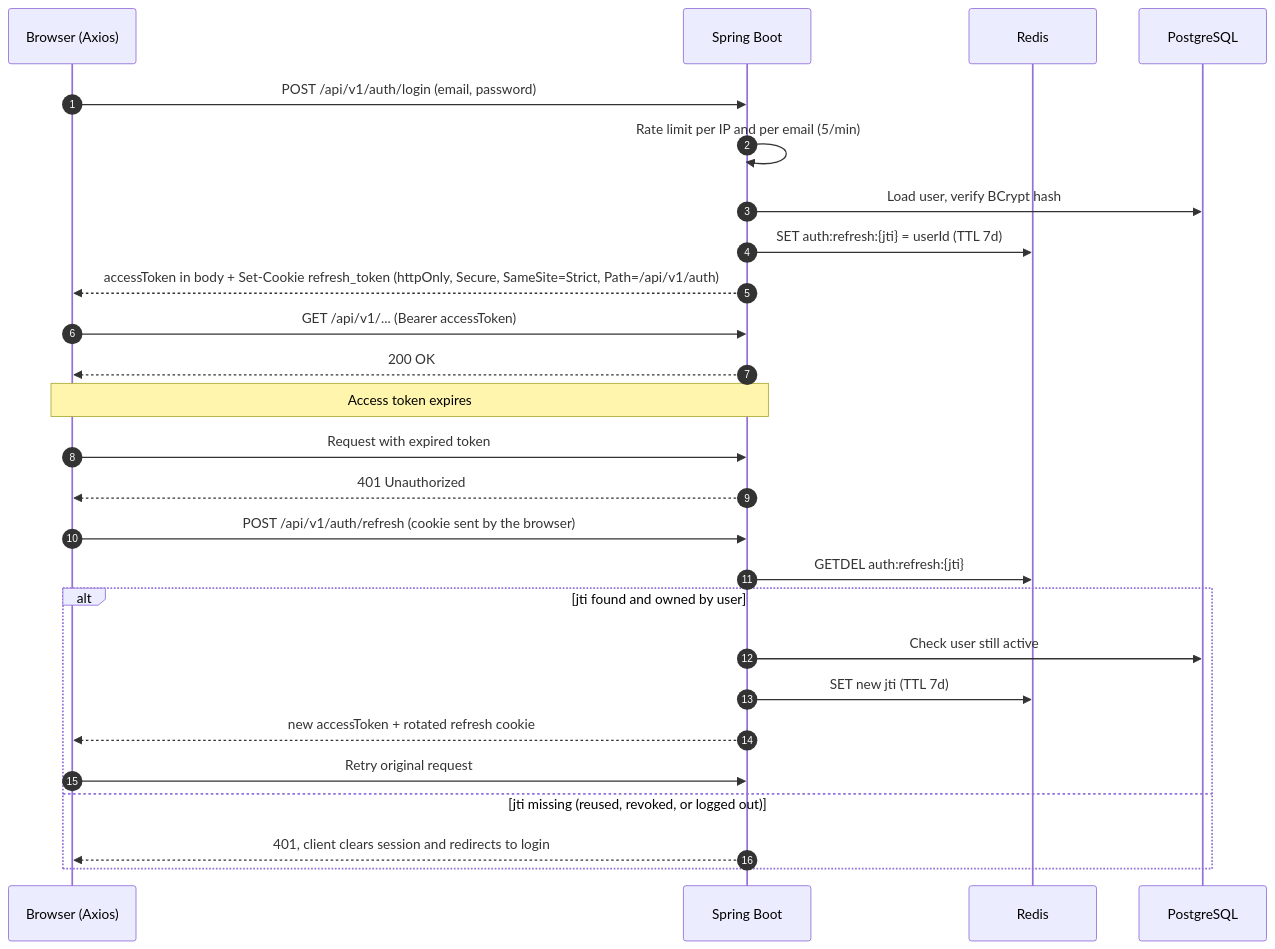
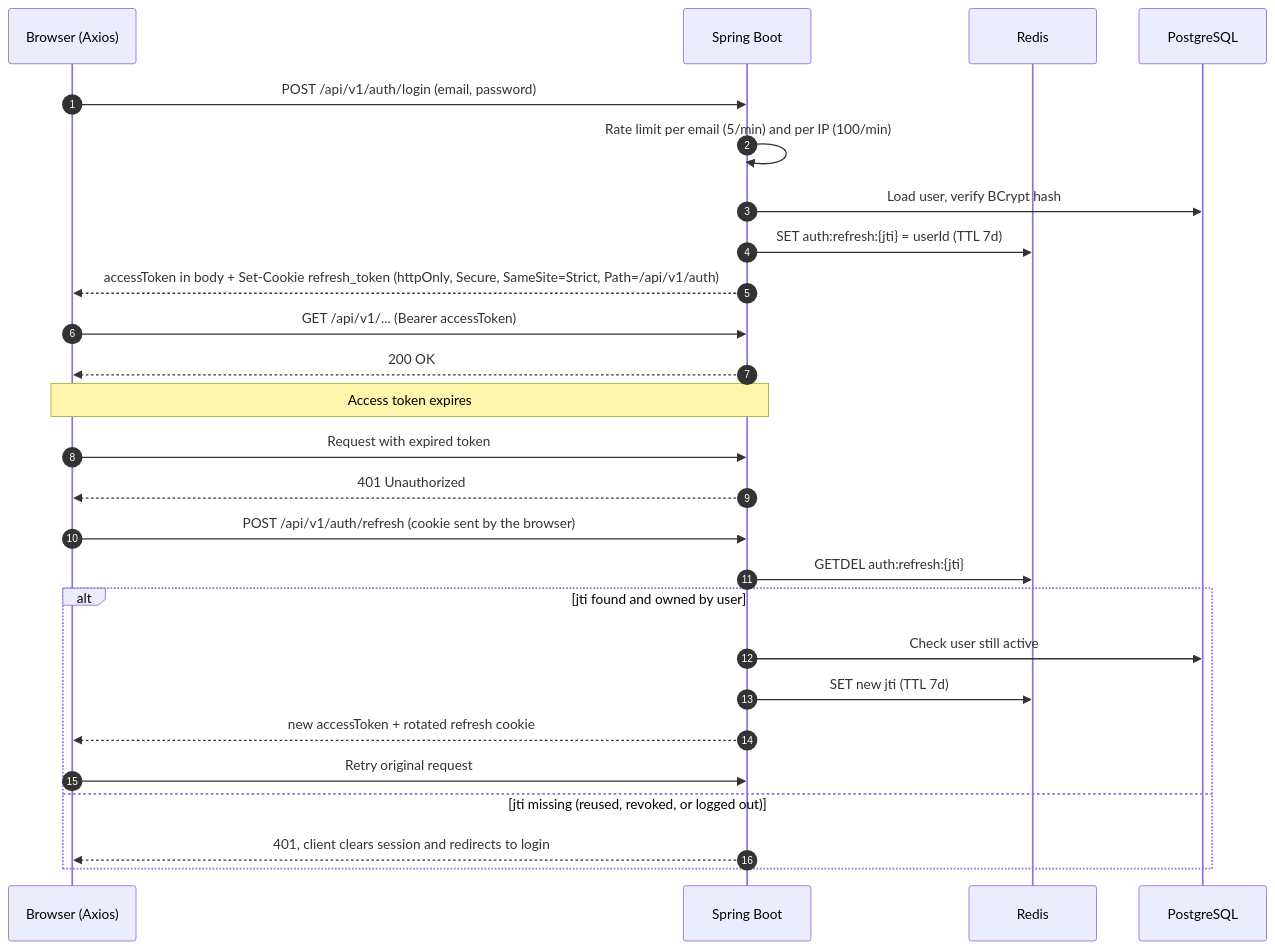
One commit to mfarim/spring-elearning-react changed the third of 5 diagrams in docs/ARCHITECTURE.md. Above: the diagram before and after it, drawn with Mermaid. The commit also changed 22 other files, not shown here.

````diff
--- a/docs/ARCHITECTURE.md
+++ b/docs/ARCHITECTURE.md
@@ -152,31 +152,31 @@
 ```mermaid
 sequenceDiagram
     autonumber
     participant B as Browser (Axios)
     participant API as Spring Boot
     participant R as Redis
     participant DB as PostgreSQL
 
     B->>API: POST /api/v1/auth/login (email, password)
-    API->>API: Rate limit per IP and per email (5/min)
+    API->>API: Rate limit per email (5/min) and per IP (100/min)
     API->>DB: Load user, verify BCrypt hash
     API->>R: SET auth:refresh:{jti} = userId (TTL 7d)
     API-->>B: accessToken in body + Set-Cookie refresh_token (httpOnly, Secure, SameSite=Strict, Path=/api/v1/auth)
 
     B->>API: GET /api/v1/... (Bearer accessToken)
     API-->>B: 200 OK
 
     Note over B,API: Access token expires
     B->>API: Request with expired token
     API-->>B: 401 Unauthorized
     B->>API: POST /api/v1/auth/refresh (cookie sent by the browser)
     API->>R: GETDEL auth:refresh:{jti}
     alt jti found and owned by user
         API->>DB: Check user still active
         API->>R: SET new jti (TTL 7d)
         API-->>B: new accessToken + rotated refresh cookie
         B->>API: Retry original request
     else jti missing (reused, revoked, or logged out)
         API-->>B: 401, client clears session and redirects to login
     end
 ```
````
